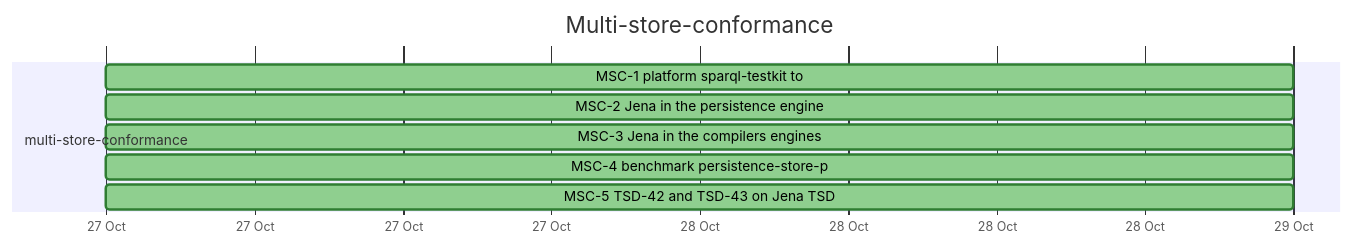
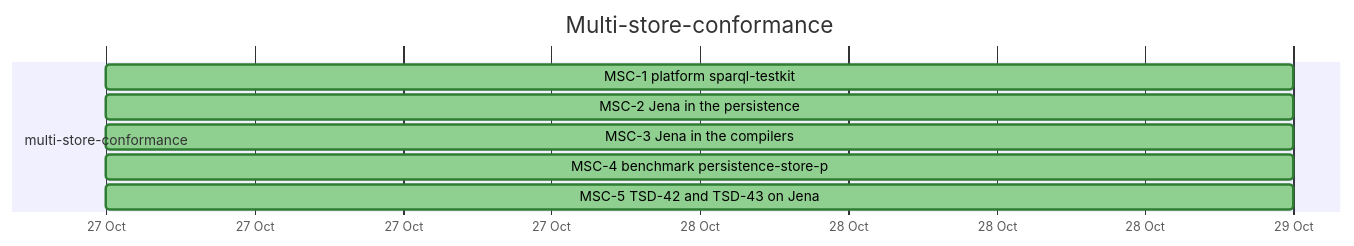
Before and after one commit to nebularis/lattice: diagram 26 of 26 in docs/developer/ROADMAP.md, drawn with Mermaid. The commit also changed other lines of this file and 7 other files, not shown here.

First line of the commit message:
Pin Vyvid v0.2.7: the GIT_DIR workaround removed, TD-143 and TD-144 closed, the roadmap regenerated

````diff
--- a/docs/developer/ROADMAP.md
+++ b/docs/developer/ROADMAP.md
@@ -959,13 +958,13 @@
 ```mermaid
 %%{init: {"themeVariables": {"taskBkgColor": "#f2c14e", "taskBorderColor": "#b8860b", "taskTextColor": "#000000", "activeTaskBkgColor": "#4e9af1", "activeTaskBorderColor": "#1f5fbf", "activeTaskBorderColor": "#1f5fbf", "doneTaskBkgColor": "#8fcf8f", "doneTaskBorderColor": "#2f7d32", "critBkgColor": "#f28b82", "critBorderColor": "#b23a30", "taskTextDarkColor": "#000000", "taskTextLightColor": "#000000"}}}%%
 gantt
     title Multi-store-conformance
     dateFormat YYYY-MM-DD
     axisFormat %d %b
     section multi-store-conformance
-    MSC-1 platform sparql-testkit to :done, msc1, 2026-10-27, 2026-10-29
-    MSC-2 Jena in the persistence engine :done, msc2, 2026-10-27, 2026-10-29
-    MSC-3 Jena in the compilers engines :done, msc3, 2026-10-27, 2026-10-29
+    MSC-1 platform sparql-testkit :done, msc1, 2026-10-27, 2026-10-29
+    MSC-2 Jena in the persistence :done, msc2, 2026-10-27, 2026-10-29
+    MSC-3 Jena in the compilers :done, msc3, 2026-10-27, 2026-10-29
     MSC-4 benchmark persistence-store-p :done, msc4, 2026-10-27, 2026-10-29
-    MSC-5 TSD-42 and TSD-43 on Jena TSD :done, msc5, 2026-10-27, 2026-10-29
+    MSC-5 TSD-42 and TSD-43 on Jena :done, msc5, 2026-10-27, 2026-10-29
 ```
````
